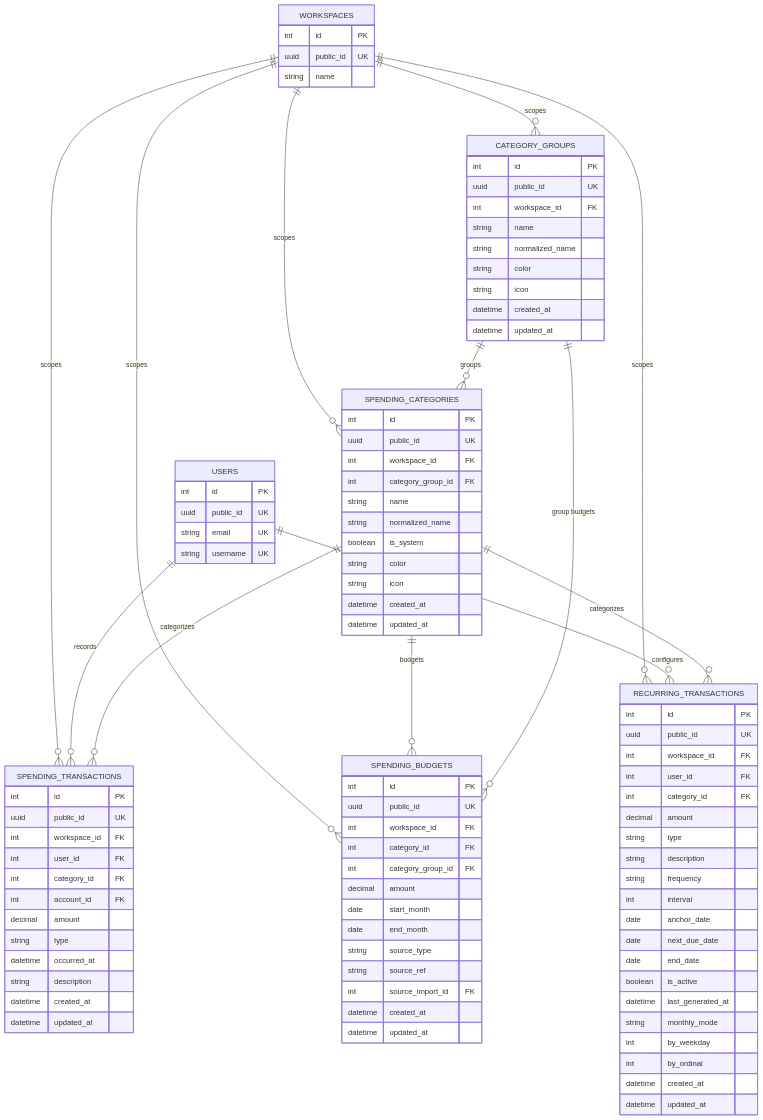
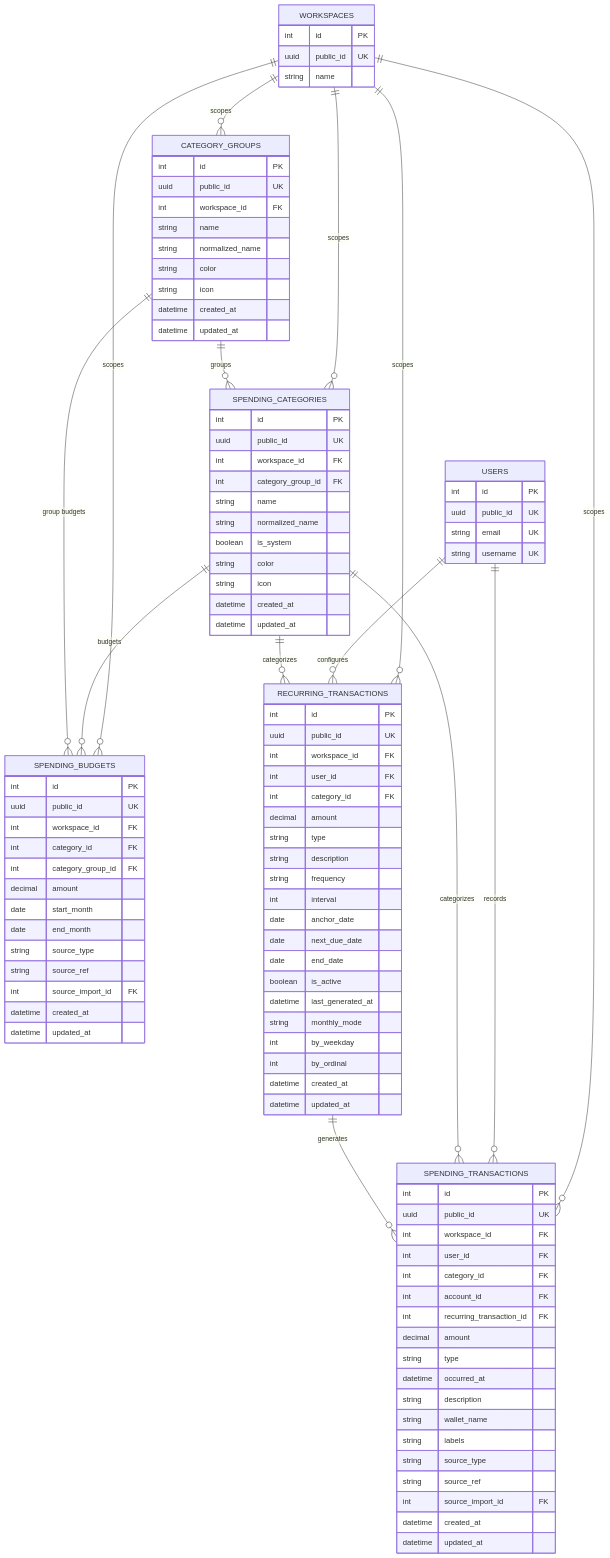
One commit to sajankp/lifestack-api changed the fourth of 8 diagrams in docs/ERD.md. Above: the diagram before and after it, drawn with Mermaid. The commit also changed other lines of this file and 4 other files, not shown here.

First line of the commit message:
docs: fix documentation drift in JOBS, ERD, ARCHITECTURE, README, context

````diff
--- a/docs/ERD.md
+++ b/docs/ERD.md
@@ -207,10 +207,16 @@
         int user_id FK
         int category_id FK
         int account_id FK
+        int recurring_transaction_id FK
         decimal amount
         string type
         datetime occurred_at
         string description
+        string wallet_name
+        string labels
+        string source_type
+        string source_ref
+        int source_import_id FK
         datetime created_at
         datetime updated_at
     }
@@ -266,4 +272,5 @@
     WORKSPACES ||--o{ RECURRING_TRANSACTIONS : scopes
     USERS ||--o{ RECURRING_TRANSACTIONS : configures
     SPENDING_CATEGORIES ||--o{ RECURRING_TRANSACTIONS : categorizes
+    RECURRING_TRANSACTIONS ||--o{ SPENDING_TRANSACTIONS : generates
 ```
````
